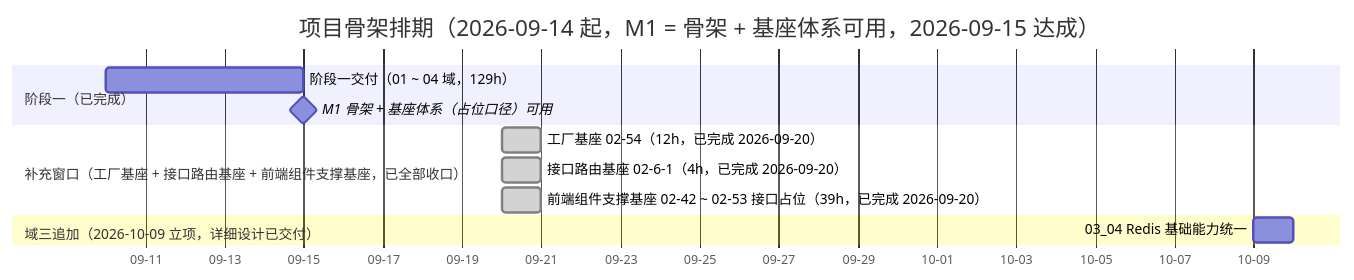
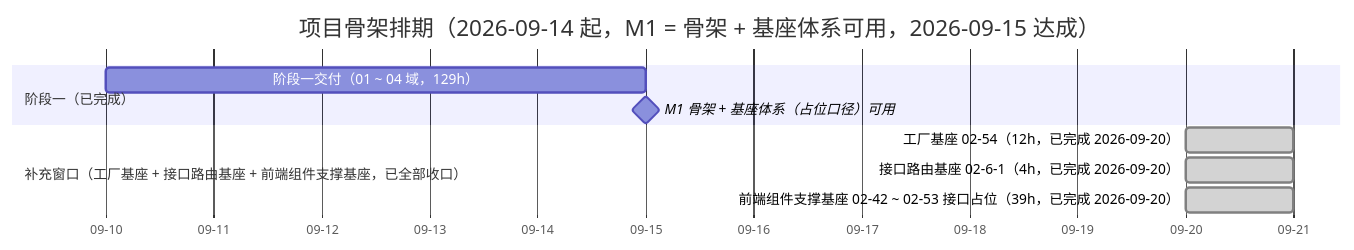
One commit to minjian123/basic-management-system changed the diagram in bms文档/项目/01_项目骨架/计划/01_计划_项目骨架.md. Above: the diagram before and after it, drawn with Mermaid. The commit also changed other lines of this file and 10 other files, not shown here.

````diff
--- a/bms文档/项目/01_项目骨架/计划/01_计划_项目骨架.md
+++ b/bms文档/项目/01_项目骨架/计划/01_计划_项目骨架.md
@@ -149,15 +150,14 @@
 ```mermaid
 gantt
     title 项目骨架排期（2026-09-14 起，M1 = 骨架 + 基座体系可用，2026-09-15 达成）
     dateFormat  YYYY-MM-DD
     axisFormat %m-%d
     section 阶段一（已完成）
     阶段一交付（01 ~ 04 域，129h） :done1, 2026-09-10, 2026-09-15
     M1 骨架 + 基座体系（占位口径）可用 :milestone, m1, 2026-09-15, 0d
     section 补充窗口（工厂基座 + 接口路由基座 + 前端组件支撑基座，已全部收口）
     工厂基座 02-54（12h，已完成 2026-09-20） :done, fac, 2026-09-20, 1d
     接口路由基座 02-6-1（4h，已完成 2026-09-20） :done, route, 2026-09-20, 1d
     前端组件支撑基座 02-42 ~ 02-53 接口占位（39h，已完成 2026-09-20） :done, supp, 2026-09-20, 1d
-    section 域三追加（2026-10-09 立项，详细设计已交付）
-    03_04 Redis 基础能力统一 :t0304, 2026-10-09, 1d
+
 ```
````
